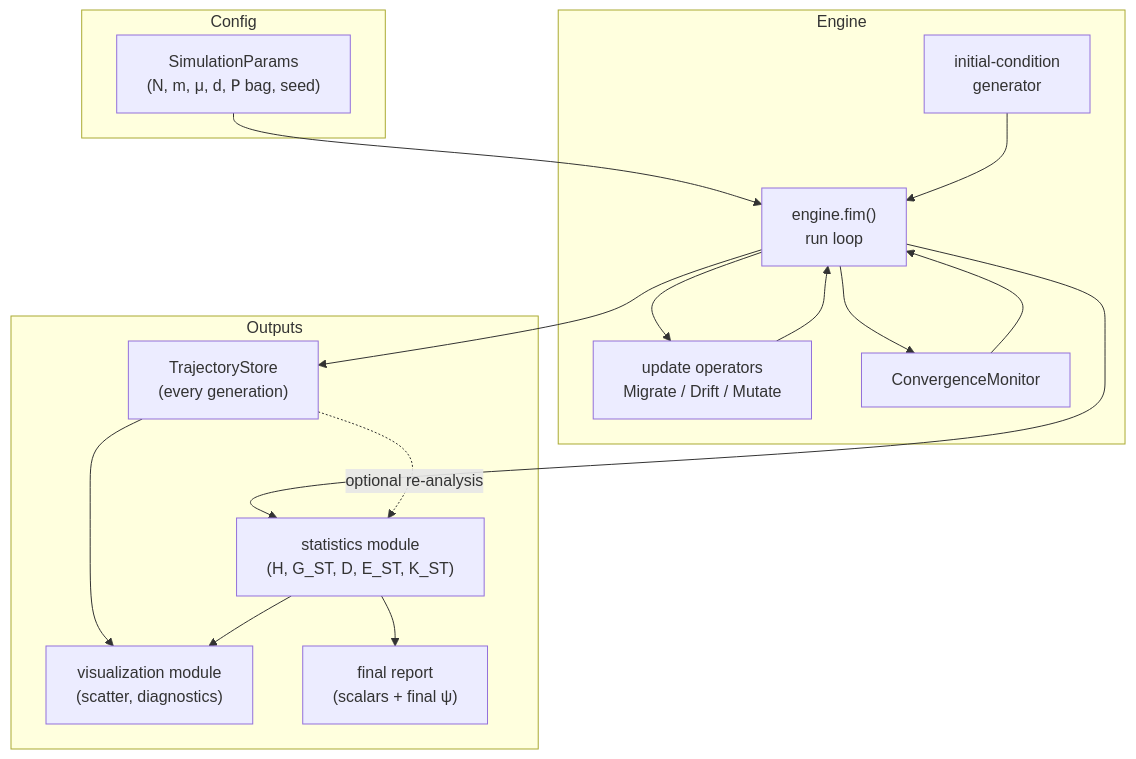
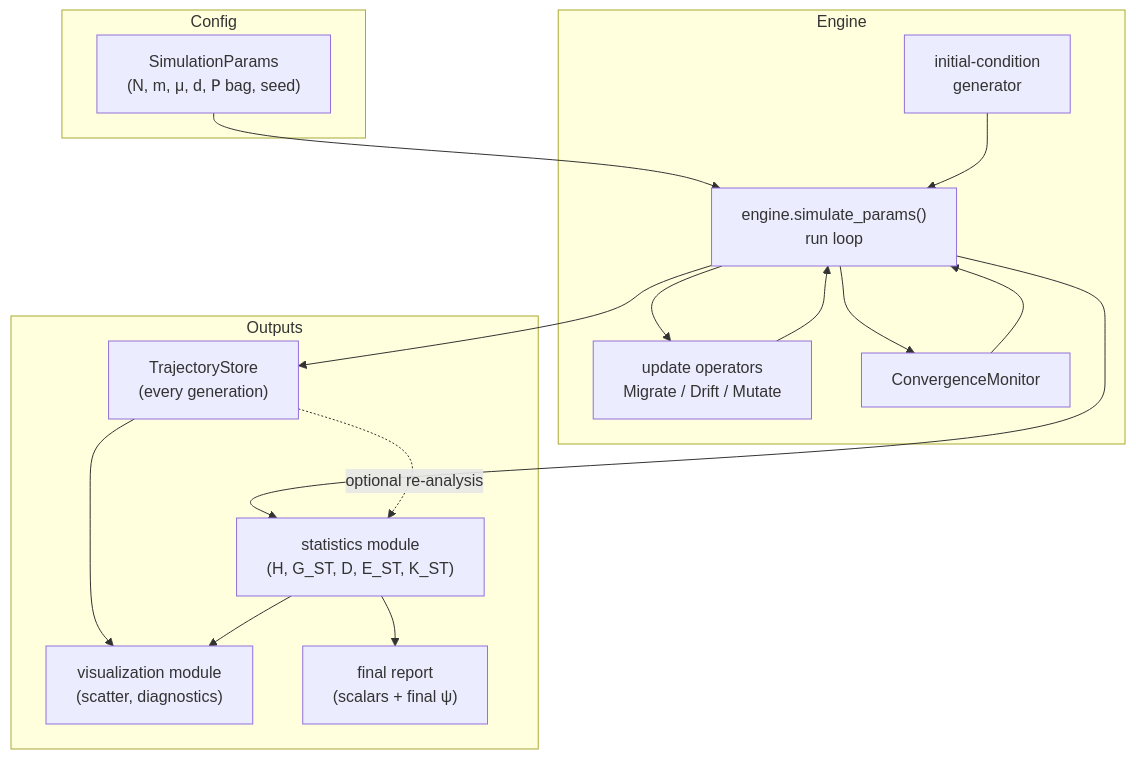
One commit to selby-botany/jost-finite-island-model changed the second of 3 diagrams in doc/fim-simulator-design.md. Above: the diagram before and after it, drawn with Mermaid. The commit also changed other lines of this file, not shown here.

````diff
--- a/doc/fim-simulator-design.md
+++ b/doc/fim-simulator-design.md
@@ -493,28 +493,28 @@
 ```mermaid
 flowchart TB
     subgraph Config
         P["SimulationParams\n(N, m, μ, d, 𝖯 bag, seed)"]
     end
     subgraph Engine
         INIT["initial-condition\ngenerator"]
         OPS["update operators\nMigrate / Drift / Mutate"]
         MON["ConvergenceMonitor"]
-        ENG["engine.fim()\nrun loop"]
+        ENG["engine.simulate_params()\nrun loop"]
     end
     subgraph Outputs
         STORE["TrajectoryStore\n(every generation)"]
         STATS["statistics module\n(H, G_ST, D, E_ST, K_ST)"]
         VIZ["visualization module\n(scatter, diagnostics)"]
         REPORT["final report\n(scalars + final ψ)"]
     end
 
     P --> ENG
     INIT --> ENG
     ENG --> OPS --> ENG
     ENG --> MON --> ENG
     ENG --> STORE
     ENG --> STATS --> REPORT
     STORE --> VIZ
     STATS --> VIZ
     STORE -.optional re-analysis.-> STATS
 ```
````
